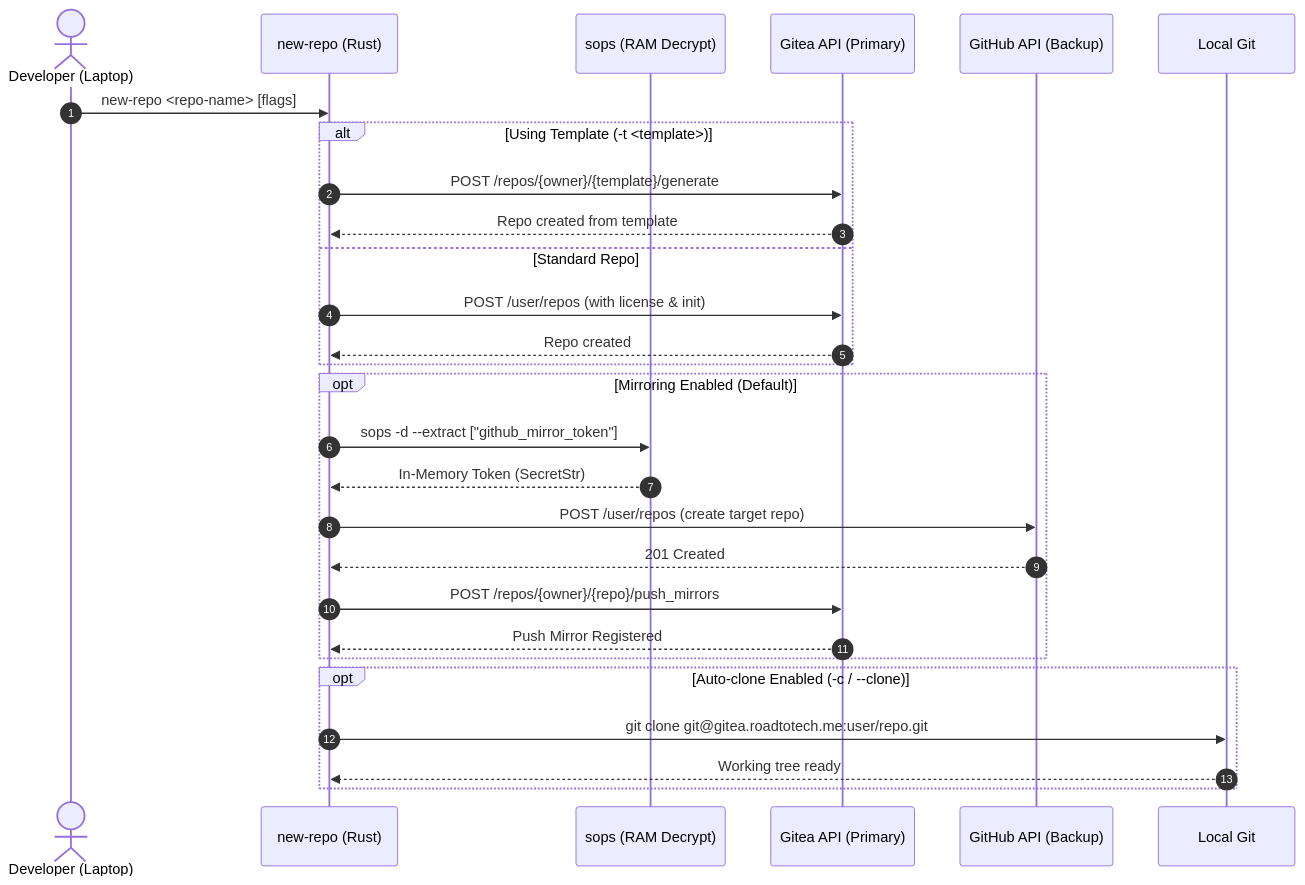
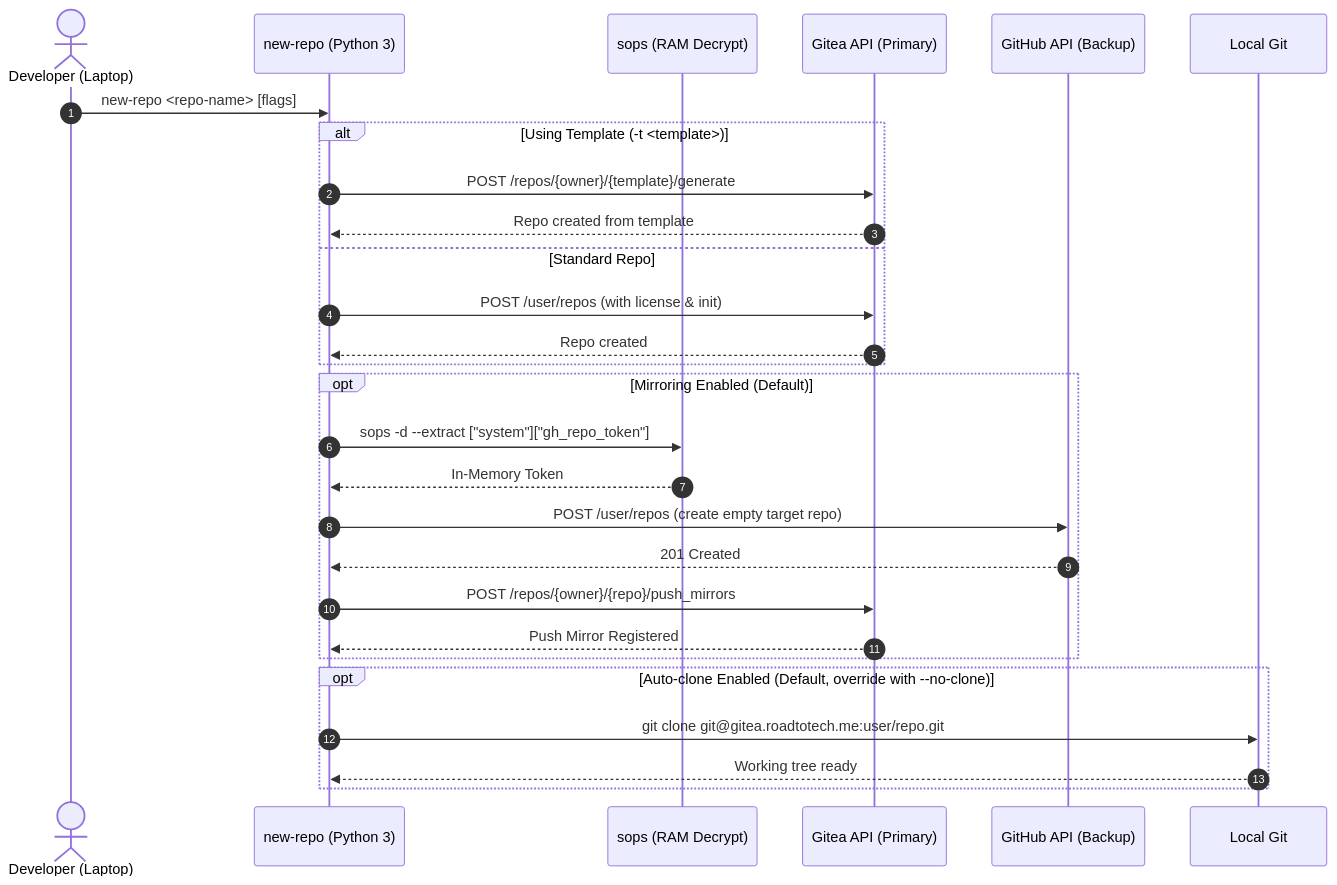
One commit to kiskaadee/second-brain changed the diagram in 06-projects/new-repo/README.md. Above: the diagram before and after it, drawn with Mermaid. The commit also changed other lines of this file and 1 other file, not shown here.

First line of the commit message:
project(new-repo): document python 3 architecture pivot and mark rust plan superseded

````diff
--- a/06-projects/new-repo/README.md
+++ b/06-projects/new-repo/README.md
@@ -26,34 +27,34 @@
 ```mermaid
 sequenceDiagram
     autonumber
     actor User as Developer (Laptop)
-    participant CLI as new-repo (Rust)
+    participant CLI as new-repo (Python 3)
     participant SOPS as sops (RAM Decrypt)
     participant Gitea as Gitea API (Primary)
     participant GitHub as GitHub API (Backup)
     participant Git as Local Git
 
     User->>CLI: new-repo <repo-name> [flags]
     
     alt Using Template (-t <template>)
         CLI->>Gitea: POST /repos/{owner}/{template}/generate
         Gitea-->>CLI: Repo created from template
     else Standard Repo
         CLI->>Gitea: POST /user/repos (with license & init)
         Gitea-->>CLI: Repo created
     end
 
     opt Mirroring Enabled (Default)
-        CLI->>SOPS: sops -d --extract ["github_mirror_token"]
-        SOPS-->>CLI: In-Memory Token (SecretStr)
-        CLI->>GitHub: POST /user/repos (create target repo)
+        CLI->>SOPS: sops -d --extract ["system"]["gh_repo_token"]
+        SOPS-->>CLI: In-Memory Token
+        CLI->>GitHub: POST /user/repos (create empty target repo)
         GitHub-->>CLI: 201 Created
         CLI->>Gitea: POST /repos/{owner}/{repo}/push_mirrors
         Gitea-->>CLI: Push Mirror Registered
     end
 
-    opt Auto-clone Enabled (-c / --clone)
+    opt Auto-clone Enabled (Default, override with --no-clone)
         CLI->>Git: git clone git@gitea.roadtotech.me:user/repo.git
         Git-->>CLI: Working tree ready
     end
 ```
````
